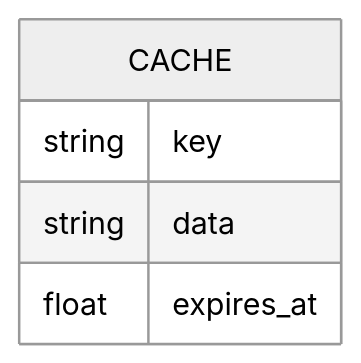
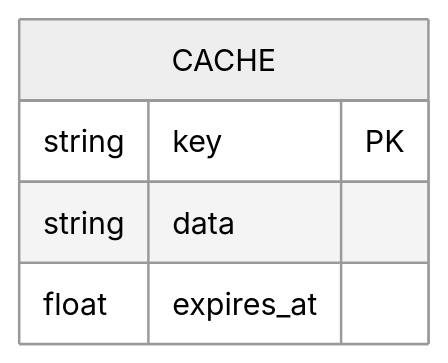
The diagram in .n45/docs/diagrams/data-model.md (jeff841/anime-cli), drawn with Mermaid before and after one commit. The commit also changed other lines of this file and 19 other files, not shown here.

Commit message:
chore(n45): close roadmap feat-0001-configurable-server-url

````diff
--- a/.n45/docs/diagrams/data-model.md
+++ b/.n45/docs/diagrams/data-model.md
@@ -7,9 +7,9 @@
 ```mermaid
 %%{init: {'theme': 'neutral'} }%%
 erDiagram
   CACHE {
-    string key
+    string key PK
     string data
     float expires_at
   }
 ```
````
